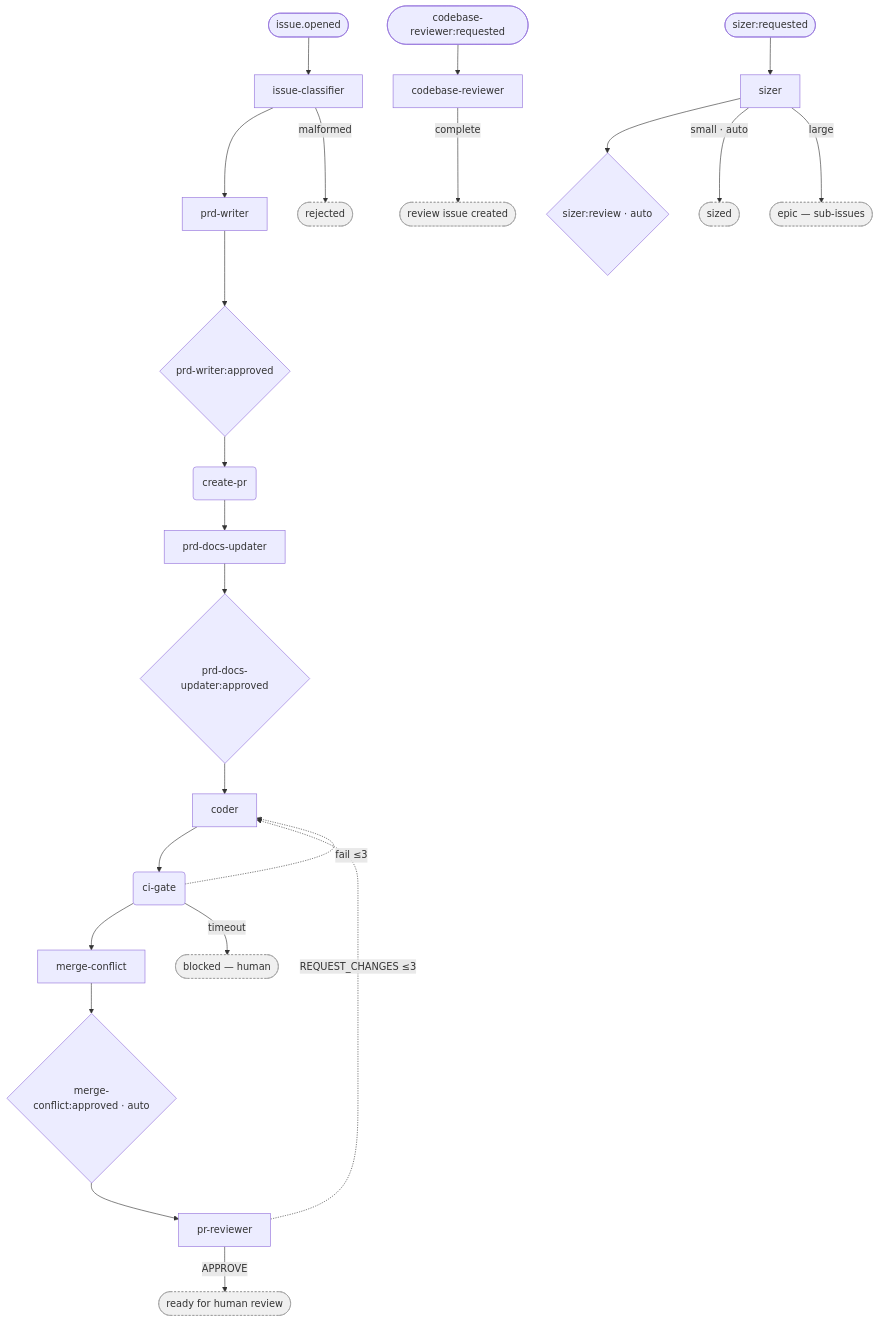
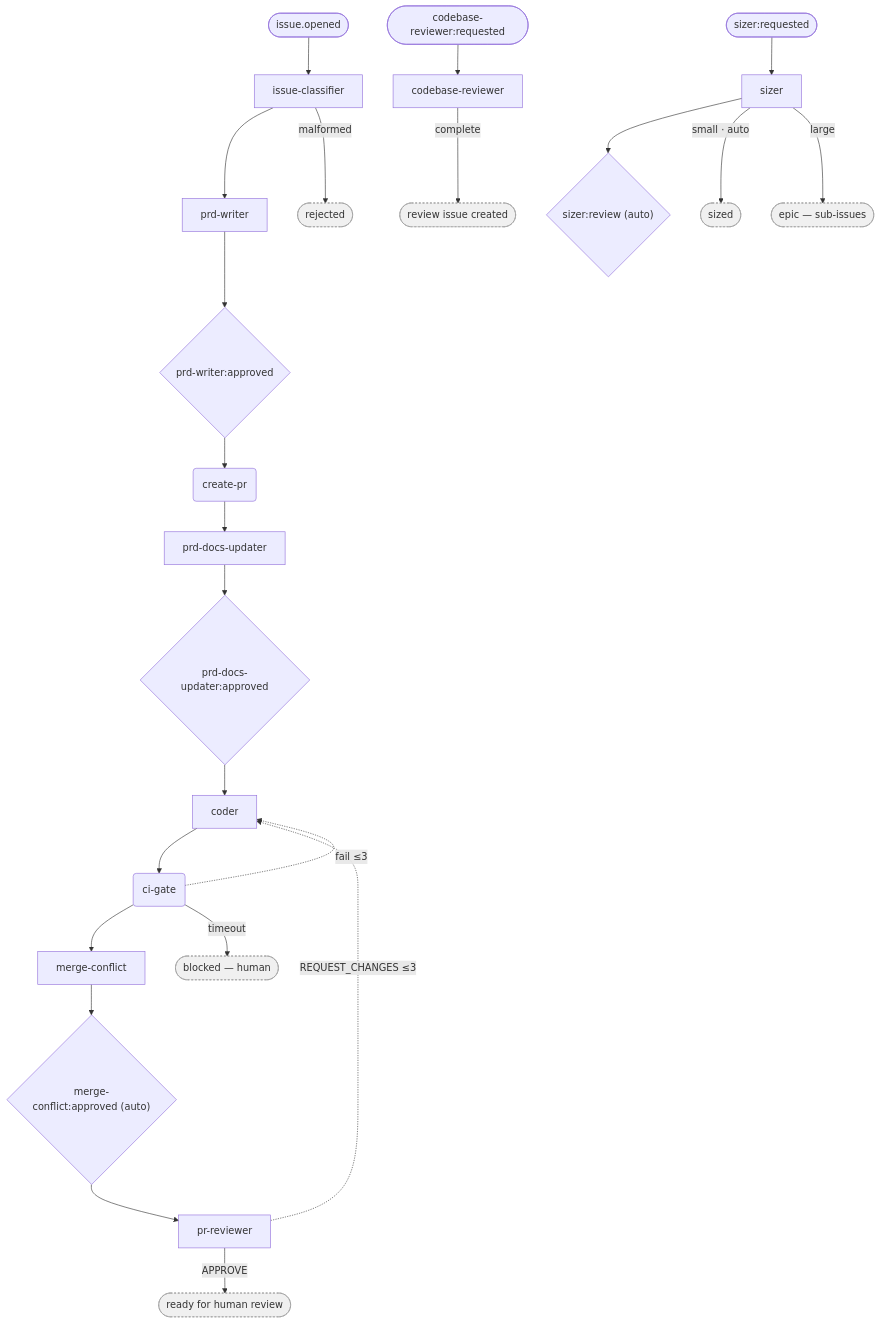
One commit to M-A-Operating-System/ai-coding-standards2 changed the diagram in docs/product/agile/generated/pipeline.mmd. Above: the diagram before and after it, drawn with Mermaid. The commit also changed 3 other files, not shown here.

```diff
--- a/docs/product/agile/generated/pipeline.mmd
+++ b/docs/product/agile/generated/pipeline.mmd
@@ -1,47 +1,47 @@
 flowchart TD
     entry_n_01_product_docs__issue_classifier(["issue.opened"])
     entry_n_00_ondemand__codebase_reviewer(["codebase-reviewer:requested"])
     entry_n_00_ondemand__sizer(["sizer:requested"])
     n_01_product_docs__issue_classifier["issue-classifier"]
     n_01_product_docs__prd_writer["prd-writer"]
     n_01_product_docs__create_pr("create-pr")
     n_01_product_docs__prd_docs_updater["prd-docs-updater"]
     n_03_execute__coder["coder"]
     n_03_execute__ci_gate("ci-gate")
     n_03_execute__merge_conflict["merge-conflict"]
     n_03_execute__pr_reviewer["pr-reviewer"]
     n_00_ondemand__codebase_reviewer["codebase-reviewer"]
     n_00_ondemand__sizer["sizer"]
     gate__n_01_product_docs__prd_writer{"prd-writer:approved"}
     gate__n_01_product_docs__prd_docs_updater{"prd-docs-updater:approved"}
-    gate__n_03_execute__merge_conflict{"merge-conflict:approved · auto"}
-    gate__n_00_ondemand__sizer{"sizer:review · auto"}
+    gate__n_03_execute__merge_conflict{"merge-conflict:approved (auto)"}
+    gate__n_00_ondemand__sizer{"sizer:review (auto)"}
     term_blocked(["blocked — human"]):::term
     term_cr_done(["review issue created"]):::term
     term_epic(["epic — sub-issues"]):::term
     term_ready(["ready for human review"]):::term
     term_rejected(["rejected"]):::term
     term_sized(["sized"]):::term
     entry_n_01_product_docs__issue_classifier --> n_01_product_docs__issue_classifier
     entry_n_00_ondemand__codebase_reviewer --> n_00_ondemand__codebase_reviewer
     entry_n_00_ondemand__sizer --> n_00_ondemand__sizer
     n_01_product_docs__issue_classifier --> n_01_product_docs__prd_writer
     gate__n_01_product_docs__prd_writer --> n_01_product_docs__create_pr
     n_01_product_docs__create_pr --> n_01_product_docs__prd_docs_updater
     gate__n_01_product_docs__prd_docs_updater --> n_03_execute__coder
     n_03_execute__coder --> n_03_execute__ci_gate
     n_03_execute__ci_gate --> n_03_execute__merge_conflict
     gate__n_03_execute__merge_conflict --> n_03_execute__pr_reviewer
     n_01_product_docs__prd_writer --> gate__n_01_product_docs__prd_writer
     n_01_product_docs__prd_docs_updater --> gate__n_01_product_docs__prd_docs_updater
     n_03_execute__merge_conflict --> gate__n_03_execute__merge_conflict
     n_00_ondemand__sizer --> gate__n_00_ondemand__sizer
     n_03_execute__pr_reviewer -. REQUEST_CHANGES ≤3 .-> n_03_execute__coder
     n_03_execute__ci_gate -. fail ≤3 .-> n_03_execute__coder
     n_01_product_docs__issue_classifier -->|malformed| term_rejected
     n_03_execute__ci_gate -->|timeout| term_blocked
     n_03_execute__pr_reviewer -->|APPROVE| term_ready
     n_00_ondemand__sizer -->|small · auto| term_sized
     n_00_ondemand__sizer -->|large| term_epic
     n_00_ondemand__codebase_reviewer -->|complete| term_cr_done
     classDef term fill:#f0f0f0,stroke:#999,stroke-dasharray:3
```
